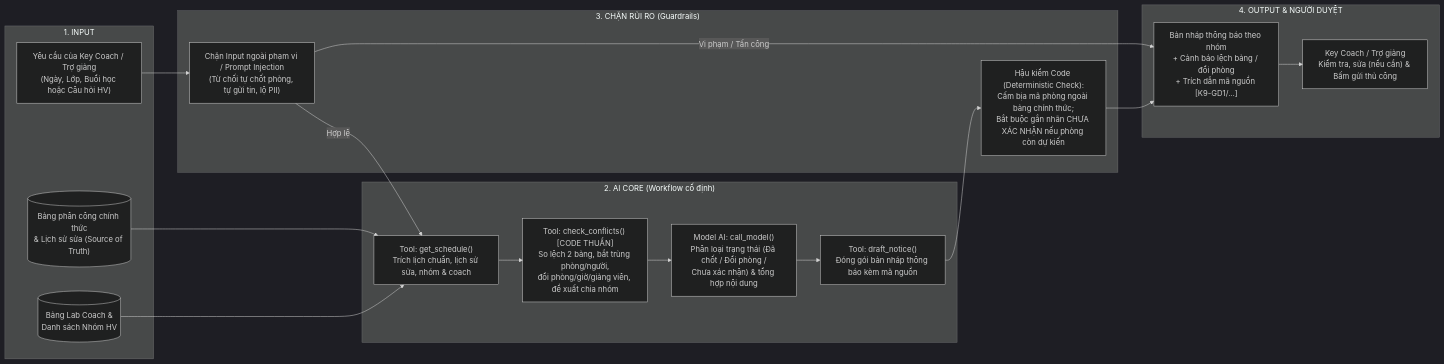
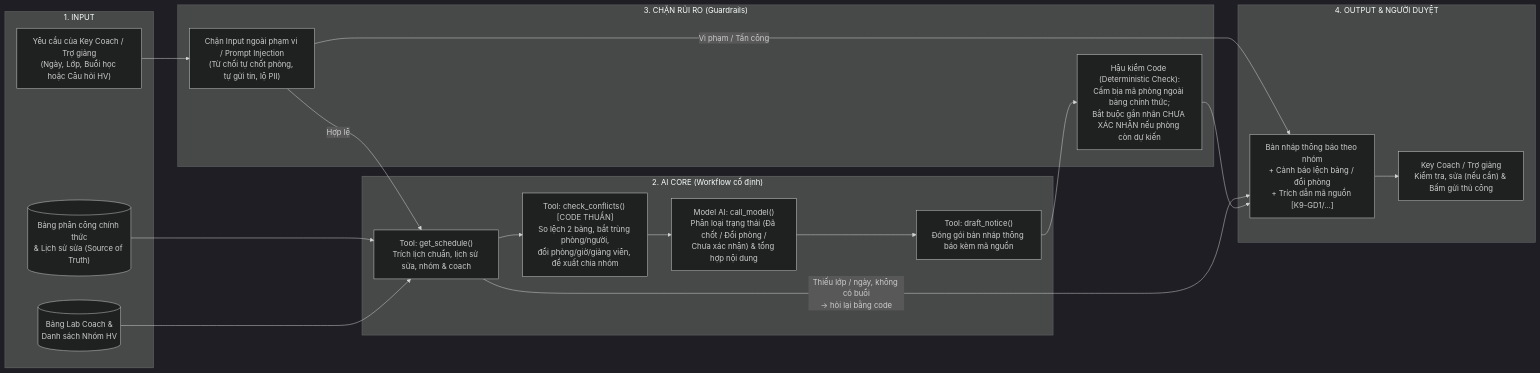
The diagram in spec.md (VUDUCTHANG130604/K5-Day15-L3A-Als-do-all), drawn with Mermaid (dark theme) before and after one commit. The commit also changed other lines of this file and 9 other files, not shown here.

````diff
--- a/spec.md
+++ b/spec.md
@@ -62,37 +63,38 @@
 ```mermaid
 flowchart LR
     subgraph INPUT["1. INPUT"]
         U["Yêu cầu của Key Coach / Trợ giảng<br/>(Ngày, Lớp, Buổi học hoặc Câu hỏi HV)"]
         D1[("Bảng phân công chính thức<br/>& Lịch sử sửa (Source of Truth)")]
         D2[("Bảng Lab Coach &<br/>Danh sách Nhóm HV")]
     end
 
     subgraph CORE["2. AI CORE (Workflow cố định)"]
         T1["Tool: get_schedule()<br/>Trích lịch chuẩn, lịch sử sửa, nhóm & coach"]
         T2["Tool: check_conflicts() [CODE THUẦN]<br/>So lệch 2 bảng, bắt trùng phòng/người,<br/>đổi phòng/giờ/giảng viên, đề xuất chia nhóm"]
         LLM["Model AI: call_model()<br/>Phân loại trạng thái (Đã chốt / Đổi phòng /<br/>Chưa xác nhận) & tổng hợp nội dung"]
         T3["Tool: draft_notice()<br/>Đóng gói bản nháp thông báo kèm mã nguồn"]
     end
 
     subgraph GUARD["3. CHẶN RỦI RO (Guardrails)"]
         G1["Chặn Input ngoài phạm vi / Prompt Injection<br/>(Từ chối tự chốt phòng, tự gửi tin, lộ PII)"]
         G2["Hậu kiểm Code (Deterministic Check):<br/>Cấm bịa mã phòng ngoài bảng chính thức;<br/>Bắt buộc gắn nhãn CHƯA XÁC NHẬN nếu phòng còn dự kiến"]
     end
 
     subgraph OUTPUT["4. OUTPUT & NGƯỜI DUYỆT"]
         OUT["Bản nháp thông báo theo nhóm<br/>+ Cảnh báo lệch bảng / đổi phòng<br/>+ Trích dẫn mã nguồn [K9-GD1/...]"]
         HUM["Key Coach / Trợ giảng<br/>Kiểm tra, sửa (nếu cần) & Bấm gửi thủ công"]
     end
 
     U --> G1
     G1 -->|"Hợp lệ"| T1
     D1 --> T1
     D2 --> T1
     T1 --> T2
     T2 --> LLM
     LLM --> T3
     T3 --> G2
     G1 -->|"Vi phạm / Tấn công"| OUT
+    T1 -->|"Thiếu lớp / ngày, không có buổi<br/>→ hỏi lại bằng code"| OUT
     G2 --> OUT
     OUT --> HUM
 ```
````
